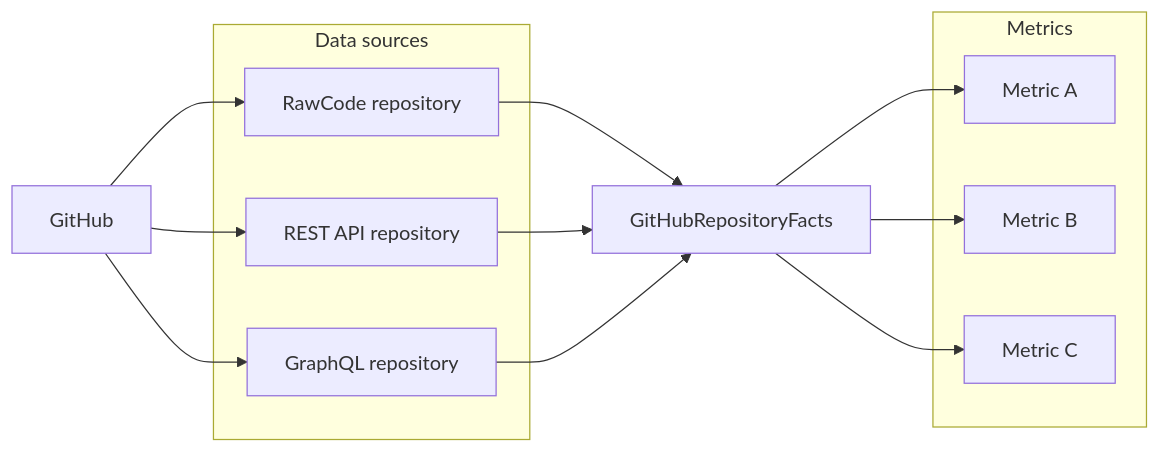
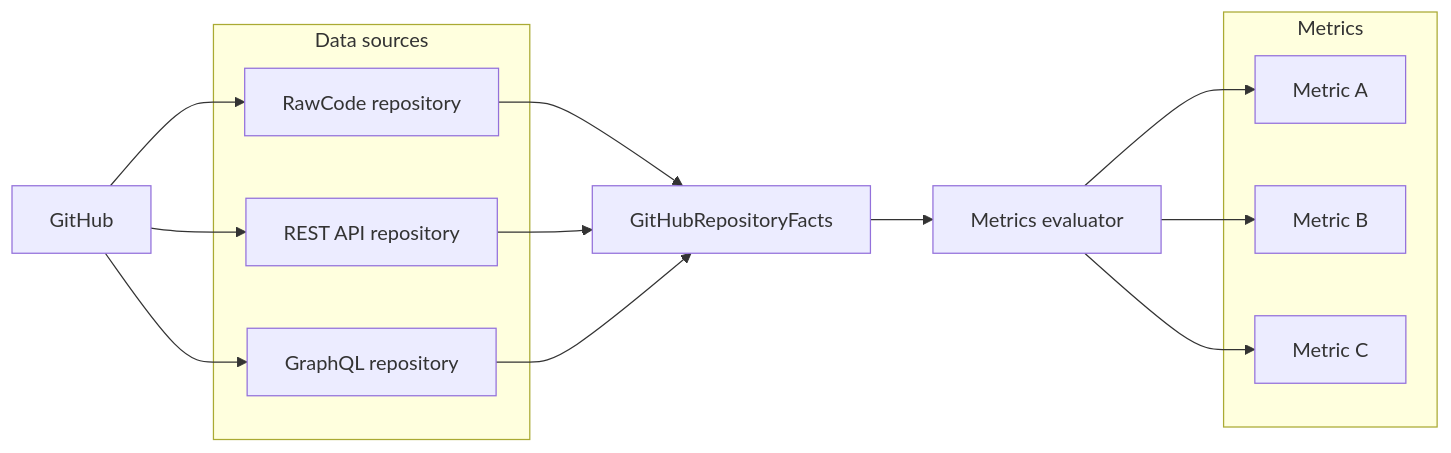
One commit to jepify/repo-health-scorecard changed the diagram in docs/adr/001-architecture.md. Above: the diagram before and after it, drawn with Mermaid. The commit also changed other lines of this file and 18 other files, not shown here.

````diff
--- a/docs/adr/001-architecture.md
+++ b/docs/adr/001-architecture.md
@@ -35,30 +38,34 @@
 ```mermaid
 flowchart LR
     GH[GitHub]
 
     subgraph Sources [Data sources]
         RAW[RawCode repository]
         REST[REST API repository]
         GQL[GraphQL repository]
     end
 
     FACTS[GitHubRepositoryFacts]
+
+    EVAL[Metrics evaluator]
 
     subgraph Metrics [Metrics]
         M1[Metric A]
         M2[Metric B]
         M3[Metric C]
     end
 
     GH --> RAW
     GH --> REST
     GH --> GQL
 
     RAW --> FACTS
     REST --> FACTS
     GQL --> FACTS
 
-    FACTS --> M1
-    FACTS --> M2
-    FACTS --> M3
+    FACTS --> EVAL
+
+    EVAL --> M1
+    EVAL --> M2
+    EVAL --> M3
 ```
````
